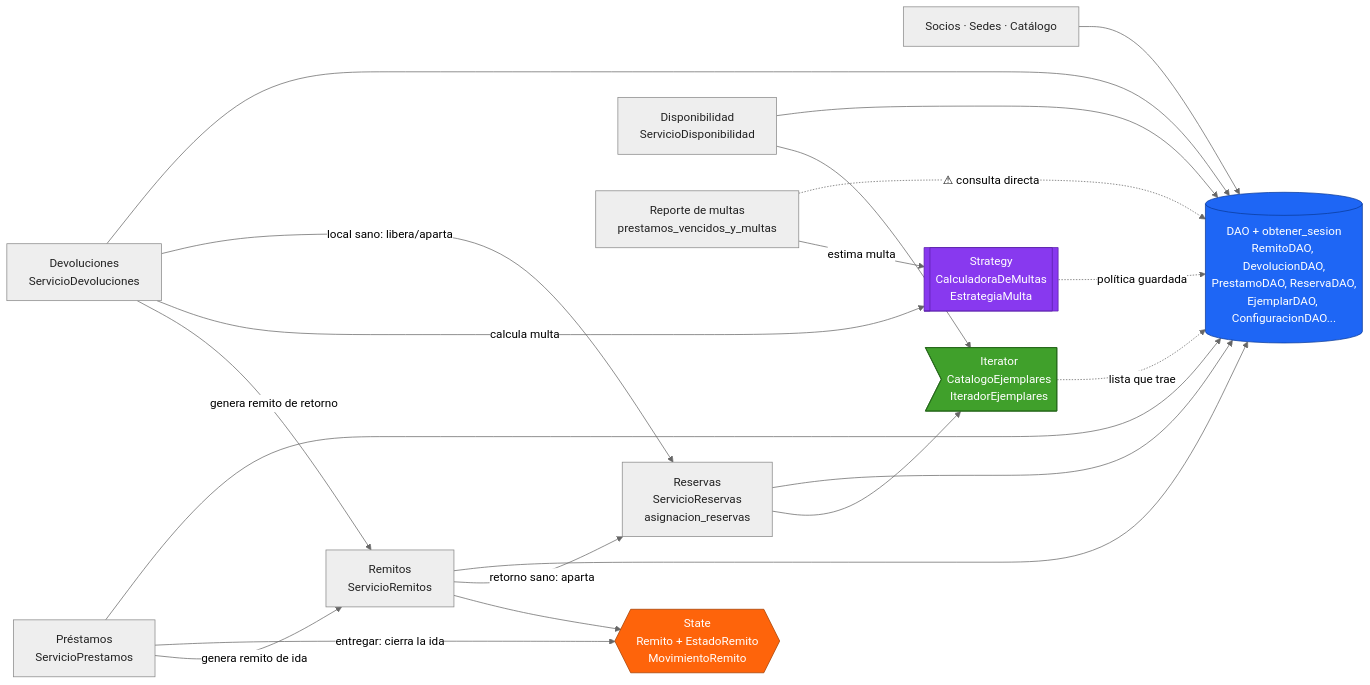
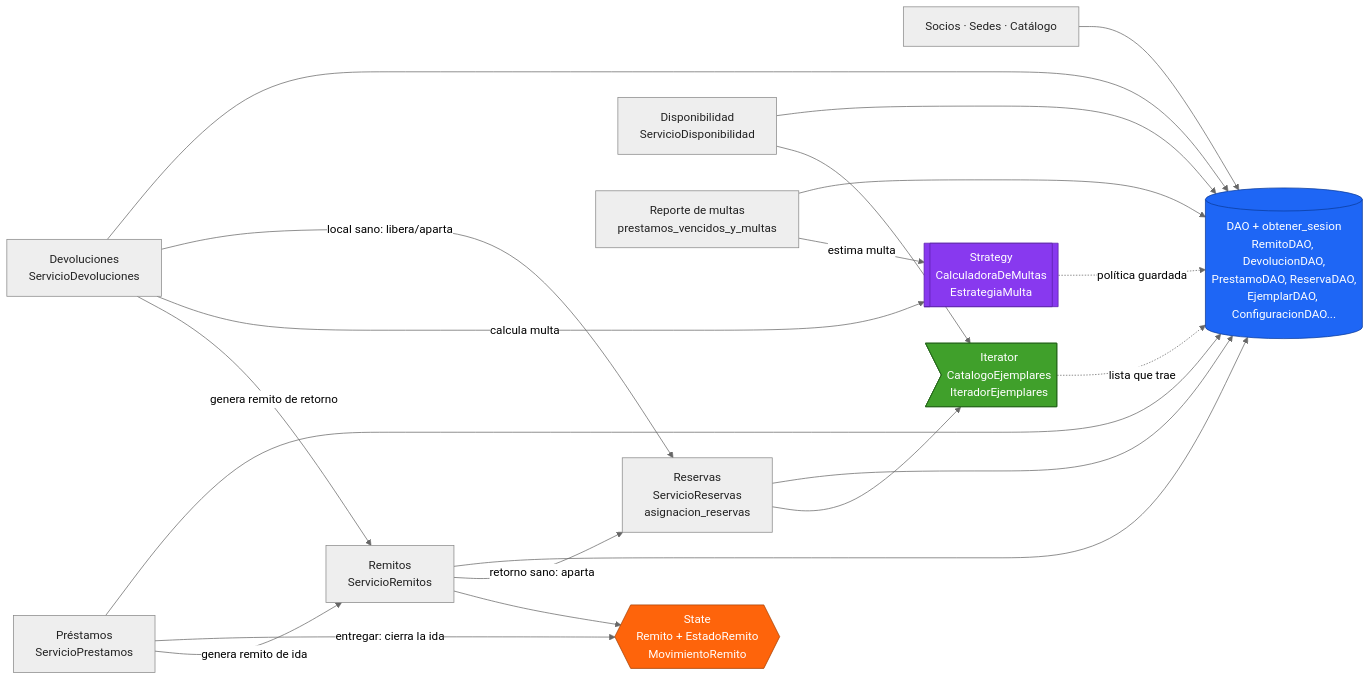
Before and after one commit to LucasChas/TP-DAO-G054: the first of 2 diagrams in docs/guion_video_patrones.md, drawn with Mermaid (neutral theme). The commit also changed other lines of this file, not shown here.

````diff
--- a/docs/guion_video_patrones.md
+++ b/docs/guion_video_patrones.md
@@ -578,42 +578,42 @@
 ```mermaid
 flowchart LR
     classDef dao fill:#1e66f5,color:#fff,stroke:#0b3a99
     classDef state fill:#fe640b,color:#fff,stroke:#a33f00
     classDef strategy fill:#8839ef,color:#fff,stroke:#5a1fa8
     classDef iterator fill:#40a02b,color:#fff,stroke:#25661a
     classDef proceso fill:#eeeeee,color:#222,stroke:#888
 
     PRE[Préstamos<br/>ServicioPrestamos]:::proceso
     REM[Remitos<br/>ServicioRemitos]:::proceso
     DEV[Devoluciones<br/>ServicioDevoluciones]:::proceso
     RES[Reservas<br/>ServicioReservas<br/>asignacion_reservas]:::proceso
     DIS[Disponibilidad<br/>ServicioDisponibilidad]:::proceso
     REP[Reporte de multas<br/>prestamos_vencidos_y_multas]:::proceso
     ABM[Socios · Sedes · Catálogo]:::proceso
 
     DAO[(DAO + obtener_sesion<br/>RemitoDAO, DevolucionDAO,<br/>PrestamoDAO, ReservaDAO,<br/>EjemplarDAO, ConfiguracionDAO...)]:::dao
     ST{{State<br/>Remito + EstadoRemito<br/>MovimientoRemito}}:::state
     SG[[Strategy<br/>CalculadoraDeMultas<br/>EstrategiaMulta]]:::strategy
     IT>Iterator<br/>CatalogoEjemplares<br/>IteradorEjemplares]:::iterator
 
     PRE -- "genera remito de ida" --> REM
     PRE -- "entregar: cierra la ida" --> ST
     REM --> ST
     DEV -- "genera remito de retorno" --> REM
     DEV -- "calcula multa" --> SG
     REP -- "estima multa" --> SG
     SG -. "política guardada" .-> DAO
     REM -- "retorno sano: aparta" --> RES
     DEV -- "local sano: libera/aparta" --> RES
     RES --> IT
     DIS --> IT
     IT -. "lista que trae" .-> DAO
 
     PRE --> DAO
     REM --> DAO
     DEV --> DAO
     RES --> DAO
     DIS --> DAO
     ABM --> DAO
-    REP -. "⚠ consulta directa" .-> DAO
+    REP --> DAO
 ```
````
